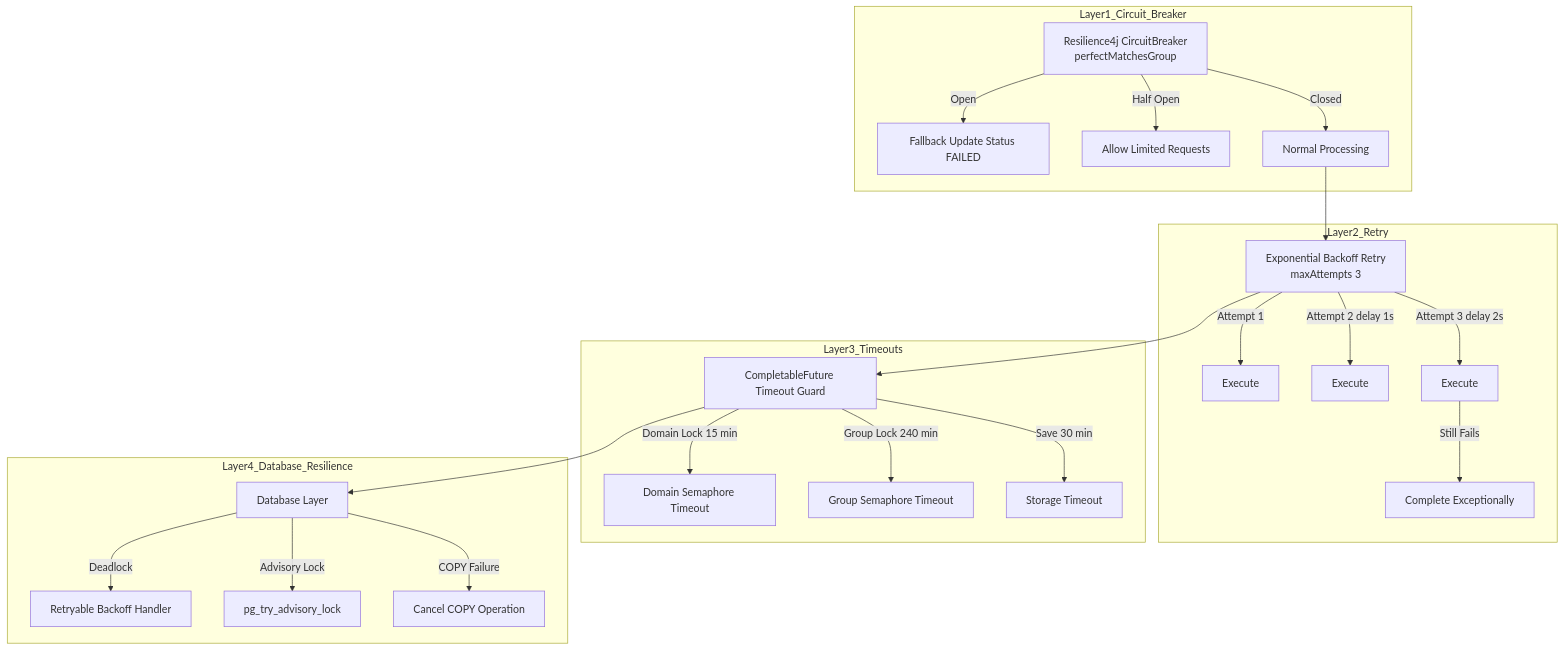
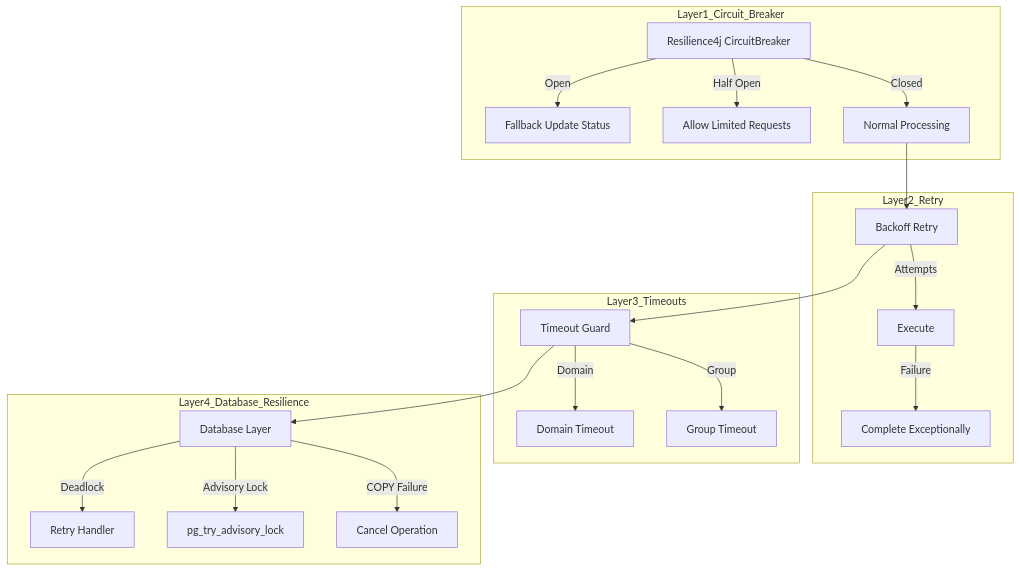
One commit to kagit00/schedule_x changed diagram 15 of 20 in docs/Low Level Designs/ScheduledPerfectMatchesCreation.md. Above: the diagram before and after it, drawn with Mermaid. The commit also changed other lines of this file and 7 other files, not shown here.

````diff
--- a/docs/Low Level Designs/ScheduledPerfectMatchesCreation.md
+++ b/docs/Low Level Designs/ScheduledPerfectMatchesCreation.md
@@ -653,37 +597,34 @@
 ```mermaid
 graph TB
 
     subgraph Layer1_Circuit_Breaker
-        CB[Resilience4j CircuitBreaker<br>perfectMatchesGroup]
-        CB -->|Open| FB1[Fallback Update Status FAILED]
+        CB[Resilience4j CircuitBreaker]
+        CB -->|Open| FB1[Fallback Update Status]
         CB -->|Half Open| RETRY1[Allow Limited Requests]
         CB -->|Closed| PROCEED1[Normal Processing]
     end
 
     subgraph Layer2_Retry
-        RT[Exponential Backoff Retry<br>maxAttempts 3]
-        RT -->|Attempt 1| EXEC1[Execute]
-        RT -->|Attempt 2 delay 1s| EXEC2[Execute]
-        RT -->|Attempt 3 delay 2s| EXEC3[Execute]
-        EXEC3 -->|Still Fails| FB2[Complete Exceptionally]
+        RT[Backoff Retry]
+        RT -->|Attempts| EXEC[Execute]
+        EXEC -->|Failure| FB2[Complete Exceptionally]
     end
 
     subgraph Layer3_Timeouts
-        TO[CompletableFuture Timeout Guard]
-        TO -->|Domain Lock 15 min| TO1[Domain Semaphore Timeout]
-        TO -->|Group Lock 240 min| TO2[Group Semaphore Timeout]
-        TO -->|Save 30 min| TO3[Storage Timeout]
+        TO[Timeout Guard]
+        TO -->|Domain| TO1[Domain Timeout]
+        TO -->|Group| TO2[Group Timeout]
     end
 
     subgraph Layer4_Database_Resilience
         DB[Database Layer]
-        DB -->|Deadlock| DBR[Retryable Backoff Handler]
+        DB -->|Deadlock| DBR[Retry Handler]
         DB -->|Advisory Lock| AL[pg_try_advisory_lock]
-        DB -->|COPY Failure| CANCEL[Cancel COPY Operation]
+        DB -->|COPY Failure| CANCEL[Cancel Operation]
     end
 
     PROCEED1 --> RT
     RT --> TO
     TO --> DB
 
 ```
````
